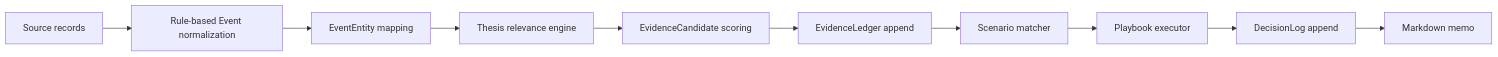
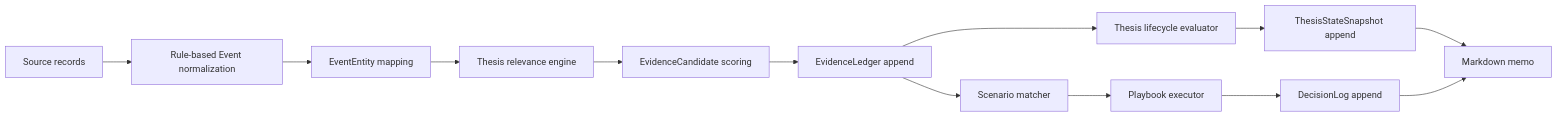
Before and after one commit to Hyuneey/project_stock: the diagram in docs/architecture.md, drawn with Mermaid. The commit also changed other lines of this file and 11 other files, not shown here.

Commit message:
Add thesis lifecycle management

````diff
--- a/docs/architecture.md
+++ b/docs/architecture.md
@@ -10,12 +10,15 @@
 ```mermaid
 flowchart LR
   A["Source records"] --> B["Rule-based Event normalization"]
   B --> C["EventEntity mapping"]
   C --> D["Thesis relevance engine"]
   D --> E["EvidenceCandidate scoring"]
   E --> F["EvidenceLedger append"]
   F --> G["Scenario matcher"]
-  G --> H["Playbook executor"]
-  H --> I["DecisionLog append"]
-  I --> J["Markdown memo"]
+  F --> H["Thesis lifecycle evaluator"]
+  G --> I["Playbook executor"]
+  H --> J["ThesisStateSnapshot append"]
+  I --> K["DecisionLog append"]
+  J --> L["Markdown memo"]
+  K --> L
 ```
````
